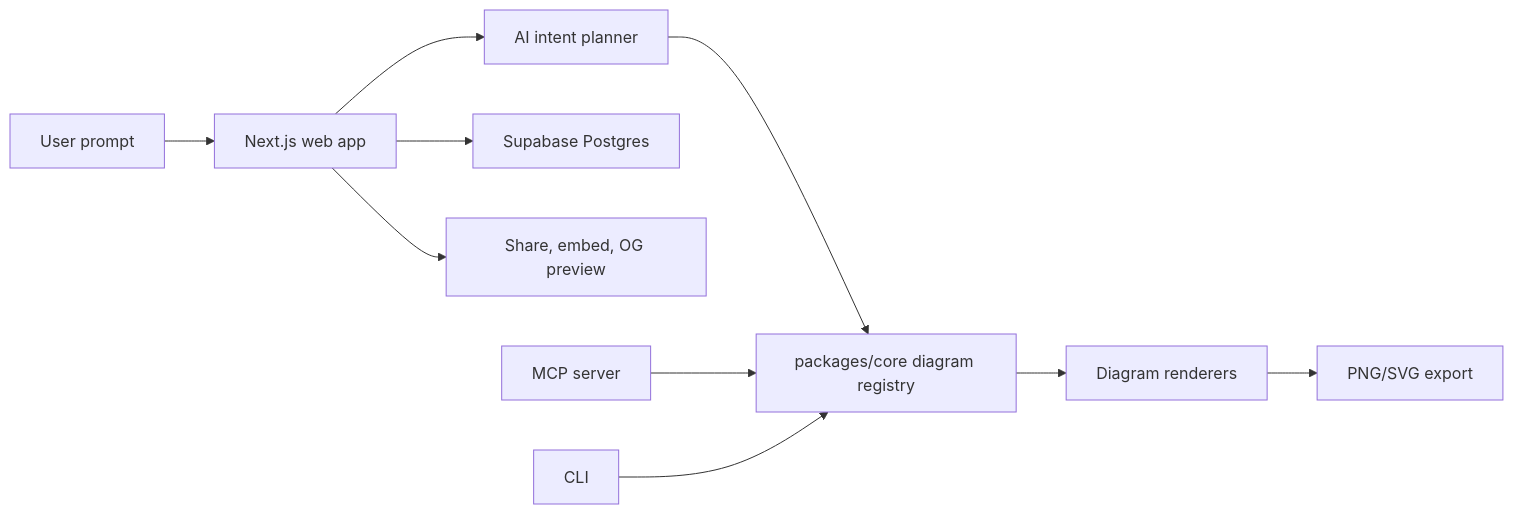
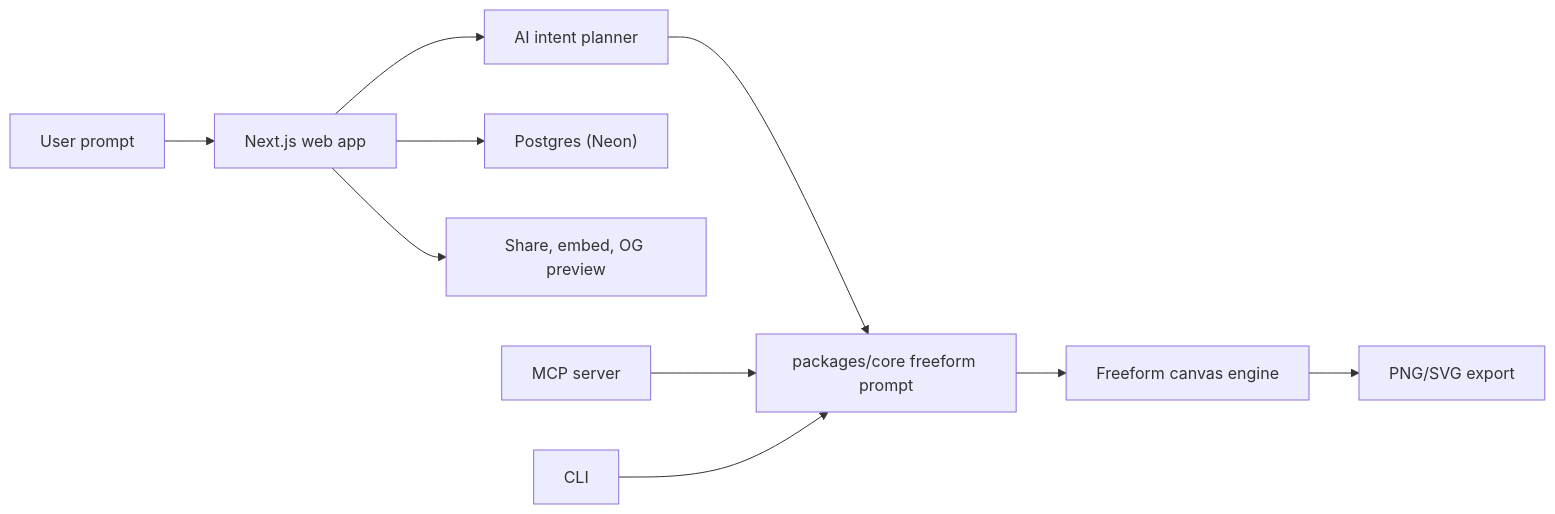
Before and after one commit to gwaghmar/drawstack: the diagram in README.md, drawn with Mermaid. The commit also changed other lines of this file and 3 other files, not shown here.

````diff
--- a/README.md
+++ b/README.md
@@ -22,12 +21,12 @@
 ```mermaid
 flowchart LR
     User["User prompt"] --> Web["Next.js web app"]
     Web --> Intent["AI intent planner"]
-    Intent --> Core["packages/core diagram registry"]
-    Core --> Renderers["Diagram renderers"]
-    Renderers --> Export["PNG/SVG export"]
-    Web --> DB["Supabase Postgres"]
+    Intent --> Core["packages/core freeform prompt"]
+    Core --> Canvas["Freeform canvas engine"]
+    Canvas --> Export["PNG/SVG export"]
+    Web --> DB["Postgres (Neon)"]
     Web --> Share["Share, embed, OG preview"]
     MCP["MCP server"] --> Core
     CLI["CLI"] --> Core
 ```
````
